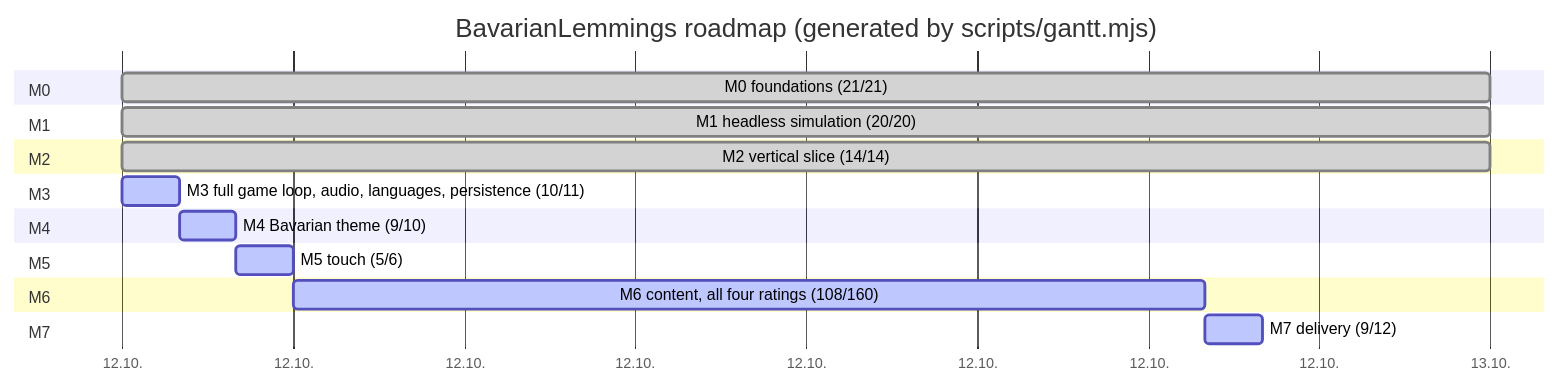
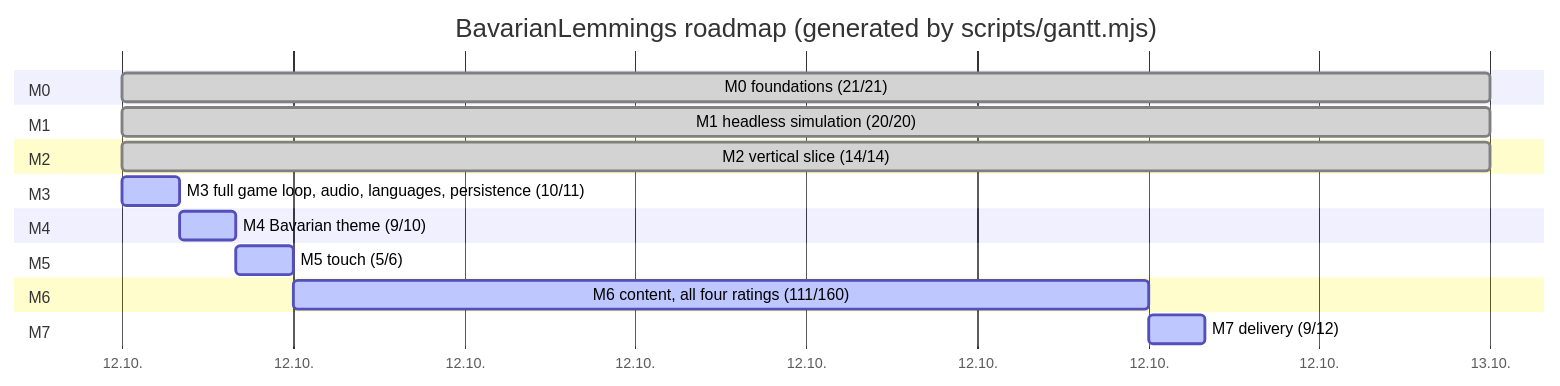
The diagram in plan.md (marcelpetrick/BavarianLemmings), drawn with Mermaid before and after one commit. The commit also changed other lines of this file and 12 other files, not shown here.

````diff
--- a/plan.md
+++ b/plan.md
@@ -43,22 +43,22 @@
 ```mermaid
 gantt
     title BavarianLemmings roadmap (generated by scripts/gantt.mjs)
     dateFormat  YYYY-MM-DD
     axisFormat  %d.%m.
     section M0
     M0 foundations (21/21) :done, m0, 2026-10-12, 1d
     section M1
     M1 headless simulation (20/20) :done, m1, 2026-10-12, 1d
     section M2
     M2 vertical slice (14/14) :done, m2, 2026-10-12, 1d
     section M3
     M3 full game loop, audio, languages, persistence (10/11) :active, m3, 2026-10-12, 1h
     section M4
     M4 Bavarian theme (9/10) :active, m4, after m3, 1h
     section M5
     M5 touch (5/6) :active, m5, after m4, 1h
     section M6
-    M6 content, all four ratings (108/160) :active, m6, after m5, 16h
+    M6 content, all four ratings (111/160) :active, m6, after m5, 15h
     section M7
     M7 delivery (9/12) :active, m7, after m6, 1h
 ```
````
